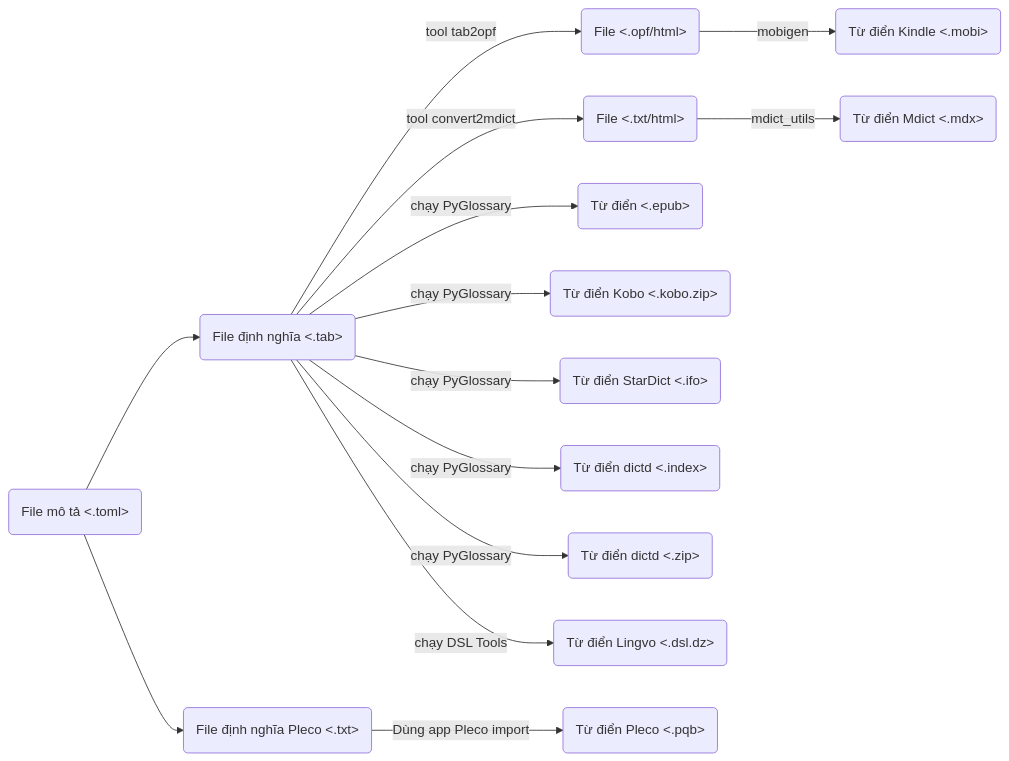
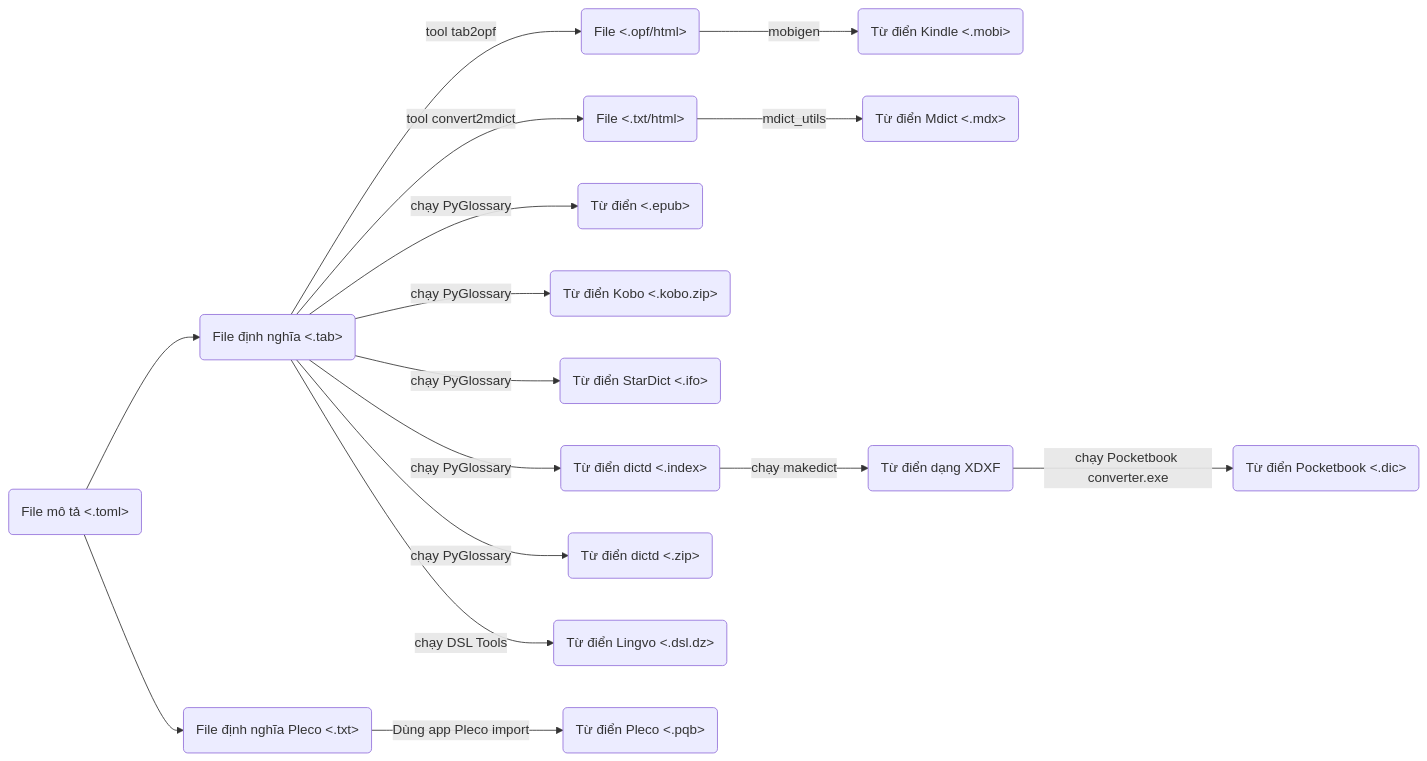
The diagram in README.md (catusf/tudien), drawn with Mermaid before and after one commit.

````diff
--- a/README.md
+++ b/README.md
@@ -82,14 +82,16 @@
 ```mermaid
 graph LR;
     ReadMetadata(File mô tả <.toml>) --> GenTab(File định nghĩa <.tab>);
     ReadMetadata(File mô tả <.toml>) --> GenTxt(File định nghĩa Pleco <.txt>);
     GenTab -- tool tab2opf --> HTML_File(File <.opf/html>) -- mobigen --> KindleDict(Từ điển Kindle <.mobi>);
     GenTab -- tool convert2mdict --> HTML_TXT_File(File <.txt/html>) -- mdict_utils --> Mdict(Từ điển Mdict <.mdx>);
     GenTab -- chạy PyGlossary --> EpubDict(Từ điển <.epub>);
     GenTab -- chạy PyGlossary --> KoboDict(Từ điển Kobo <.kobo.zip>);
     GenTab -- chạy PyGlossary --> StarDict(Từ điển StarDict <.ifo>);
     GenTab -- chạy PyGlossary --> dictd(Từ điển dictd <.index>);
     GenTab -- chạy PyGlossary --> Yomitan(Từ điển dictd <.zip>);
     GenTab -- chạy DSL Tools --> DSLDict(Từ điển Lingvo <.dsl.dz>);
     GenTxt -- Dùng app Pleco import --> Pleco_PQB(Từ điển Pleco <.pqb>);
+    dictd(Từ điển dictd <.index>) -- chạy makedict --> XDXF(Từ điển dạng XDXF);
+    XDXF(Từ điển dạng XDXF) -- chạy Pocketbook converter.exe --> DIC(Từ điển Pocketbook <.dic>);
 ```
````
